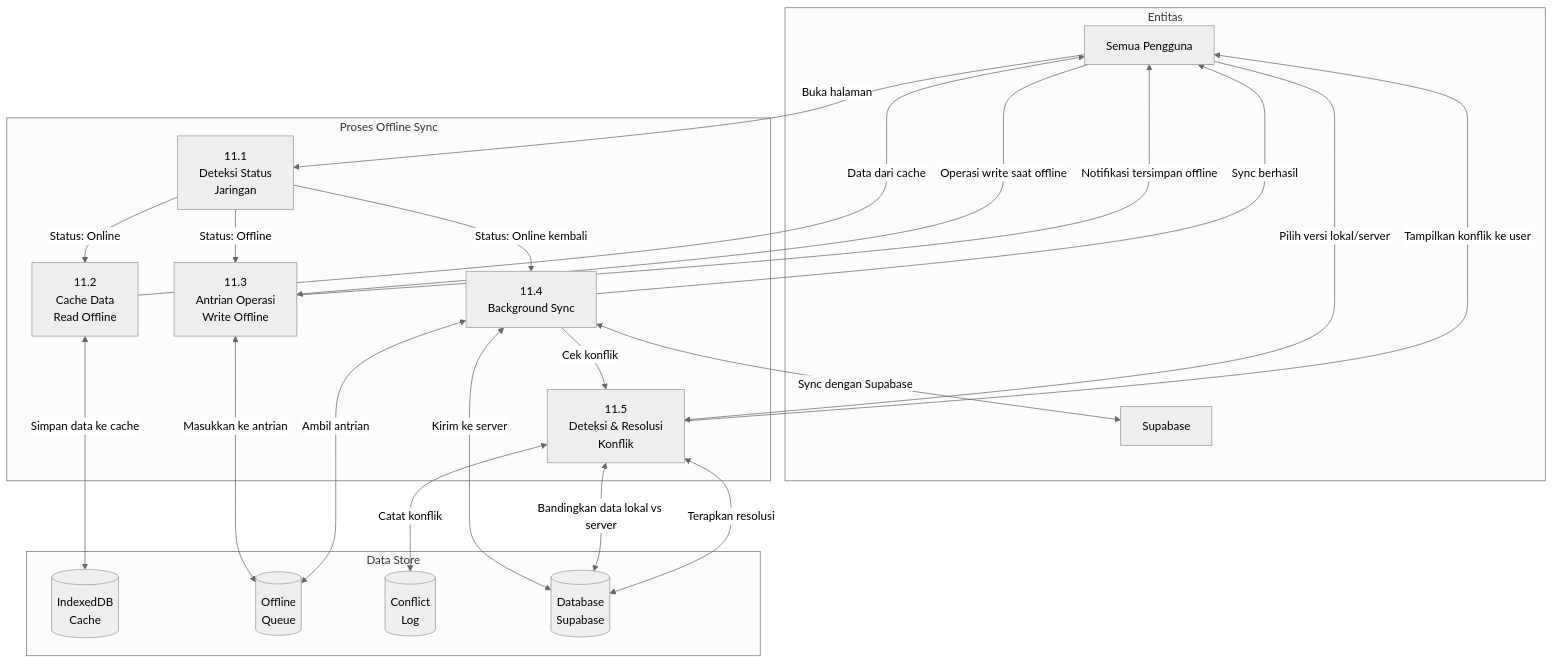
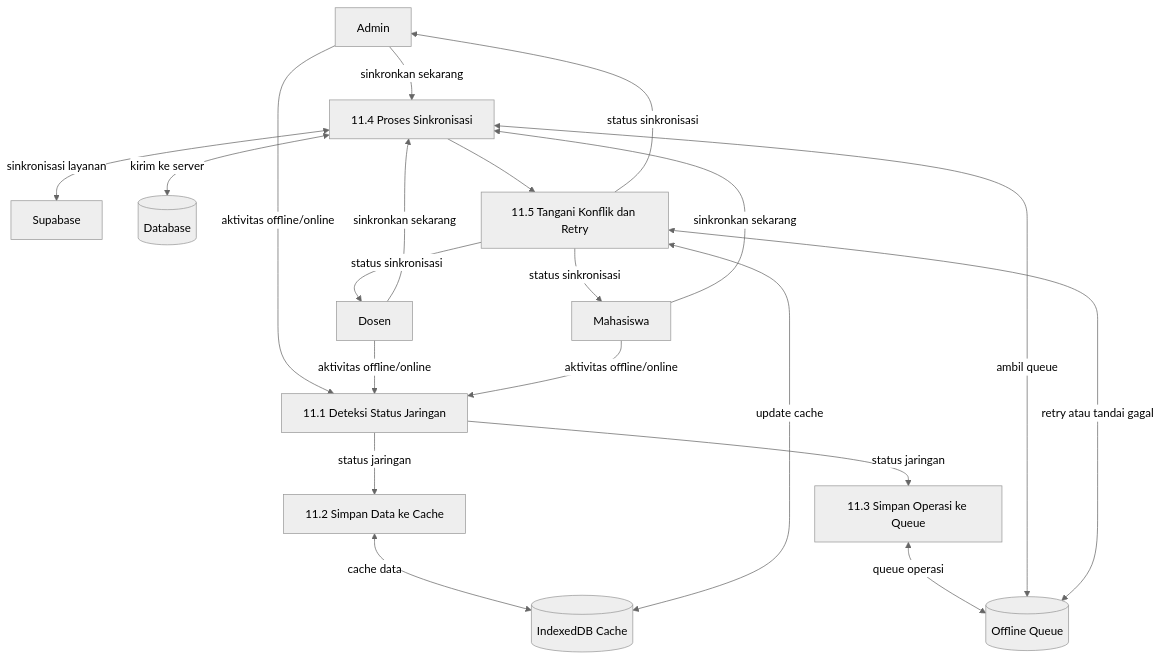
Before and after one commit to taufiq1285/sistem-pwa: the seventh of 7 diagrams in docs/DFD.md, drawn with Mermaid (neutral theme). The commit also changed other lines of this file and 76 other files, not shown here.

````diff
--- a/docs/DFD.md
+++ b/docs/DFD.md
@@ -789,46 +415,36 @@
 ```mermaid
 graph TB
-    subgraph "Entitas"
-        SemuaUser[Semua Pengguna]
-        Supabase
-    end
+    Admin[Admin]
+    Dosen[Dosen]
+    Mahasiswa[Mahasiswa]
+    Supabase[Supabase]
+    D1[(Database)]
+    D2[(IndexedDB Cache)]
+    D3[(Offline Queue)]
 
-    subgraph "Proses Offline Sync"
-        P11_1[11.1\nDeteksi Status\nJaringan]
-        P11_2[11.2\nCache Data\nRead Offline]
-        P11_3[11.3\nAntrian Operasi\nWrite Offline]
-        P11_4[11.4\nBackground Sync]
-        P11_5[11.5\nDeteksi & Resolusi\nKonflik]
-    end
+    P11_1[11.1 Deteksi Status Jaringan]
+    P11_2[11.2 Simpan Data ke Cache]
+    P11_3[11.3 Simpan Operasi ke Queue]
+    P11_4[11.4 Proses Sinkronisasi]
+    P11_5[11.5 Tangani Konflik dan Retry]
 
-    subgraph "Data Store"
-        D11_1[(IndexedDB\nCache)]
-        D11_2[(Offline\nQueue)]
-        D11_3[(Conflict\nLog)]
-        D11_4[(Database\nSupabase)]
-    end
-
-    SemuaUser -->|Buka halaman| P11_1
-    P11_1 -->|Status: Online| P11_2
-    P11_1 -->|Status: Offline| P11_3
-    P11_1 -->|Status: Online kembali| P11_4
-
-    P11_2 <-->|Simpan data ke cache| D11_1
-    P11_2 -->|Data dari cache| SemuaUser
-
-    SemuaUser -->|Operasi write saat offline| P11_3
-    P11_3 <-->|Masukkan ke antrian| D11_2
-    P11_3 -->|Notifikasi tersimpan offline| SemuaUser
-
-    P11_4 <-->|Ambil antrian| D11_2
-    P11_4 <-->|Kirim ke server| D11_4
-    P11_4 <-->|Sync dengan Supabase| Supabase
-    P11_4 -->|Cek konflik| P11_5
-    P11_4 -->|Sync berhasil| SemuaUser
-
-    P11_5 <-->|Bandingkan data lokal vs server| D11_4
-    P11_5 <-->|Catat konflik| D11_3
-    P11_5 -->|Tampilkan konflik ke user| SemuaUser
-    SemuaUser -->|Pilih versi lokal/server| P11_5
-    P11_5 <-->|Terapkan resolusi| D11_4
+    Admin -->|aktivitas offline/online| P11_1
+    Dosen -->|aktivitas offline/online| P11_1
+    Mahasiswa -->|aktivitas offline/online| P11_1
+    P11_1 -->|status jaringan| P11_2
+    P11_1 -->|status jaringan| P11_3
+    P11_2 <-->|cache data| D2
+    P11_3 <-->|queue operasi| D3
+    Admin -->|sinkronkan sekarang| P11_4
+    Dosen -->|sinkronkan sekarang| P11_4
+    Mahasiswa -->|sinkronkan sekarang| P11_4
+    P11_4 <-->|ambil queue| D3
+    P11_4 <-->|kirim ke server| D1
+    P11_4 <-->|sinkronisasi layanan| Supabase
+    P11_4 --> P11_5
+    P11_5 <-->|update cache| D2
+    P11_5 <-->|retry atau tandai gagal| D3
+    P11_5 -->|status sinkronisasi| Admin
+    P11_5 -->|status sinkronisasi| Dosen
+    P11_5 -->|status sinkronisasi| Mahasiswa
 ```
````
